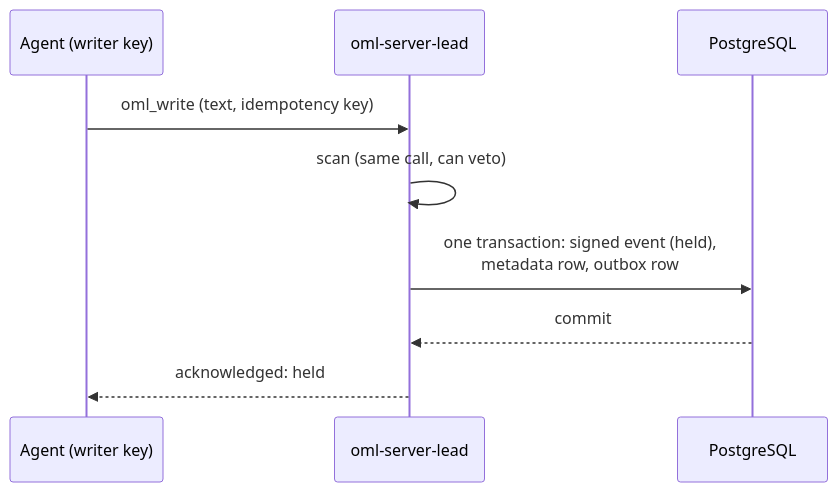
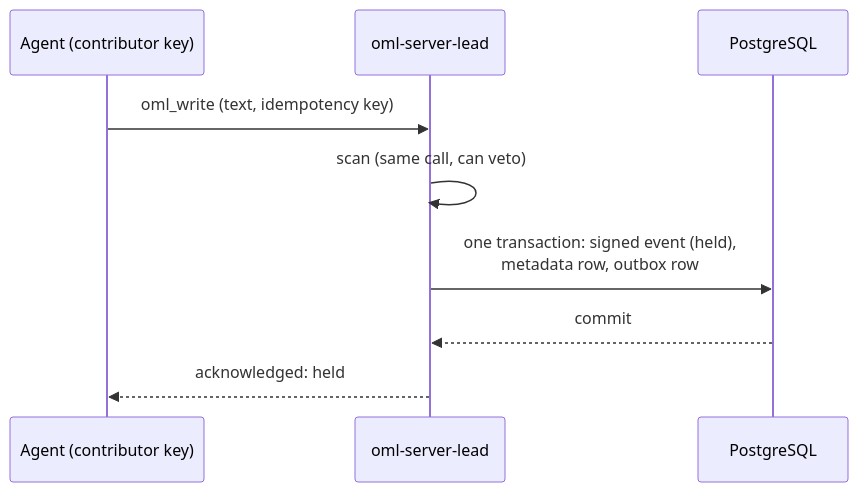
Before and after one commit to e8kor/open-memory-lab: the second of 5 diagrams in docs/architecture/overview.md, drawn with Mermaid. The commit also changed other lines of this file and 34 other files, not shown here.

Commit message:
Name contributor and submitter in the OpenAPI, the docs, the plugins' key skill and the diagrams, with the v0.8.4 upgrade note and client notice (ADR-0093 d6, d7, d8)

````diff
--- a/docs/architecture/overview.md
+++ b/docs/architecture/overview.md
@@ -69,11 +69,11 @@
 ```mermaid
 sequenceDiagram
-    participant A as Agent (writer key)
+    participant A as Agent (contributor key)
     participant S as oml-server-lead
     participant P as PostgreSQL
     A->>S: oml_write (text, idempotency key)
     S->>S: scan (same call, can veto)
     S->>P: one transaction: signed event (held),<br/>metadata row, outbox row
     P-->>S: commit
     S-->>A: acknowledged: held
 ```
````
